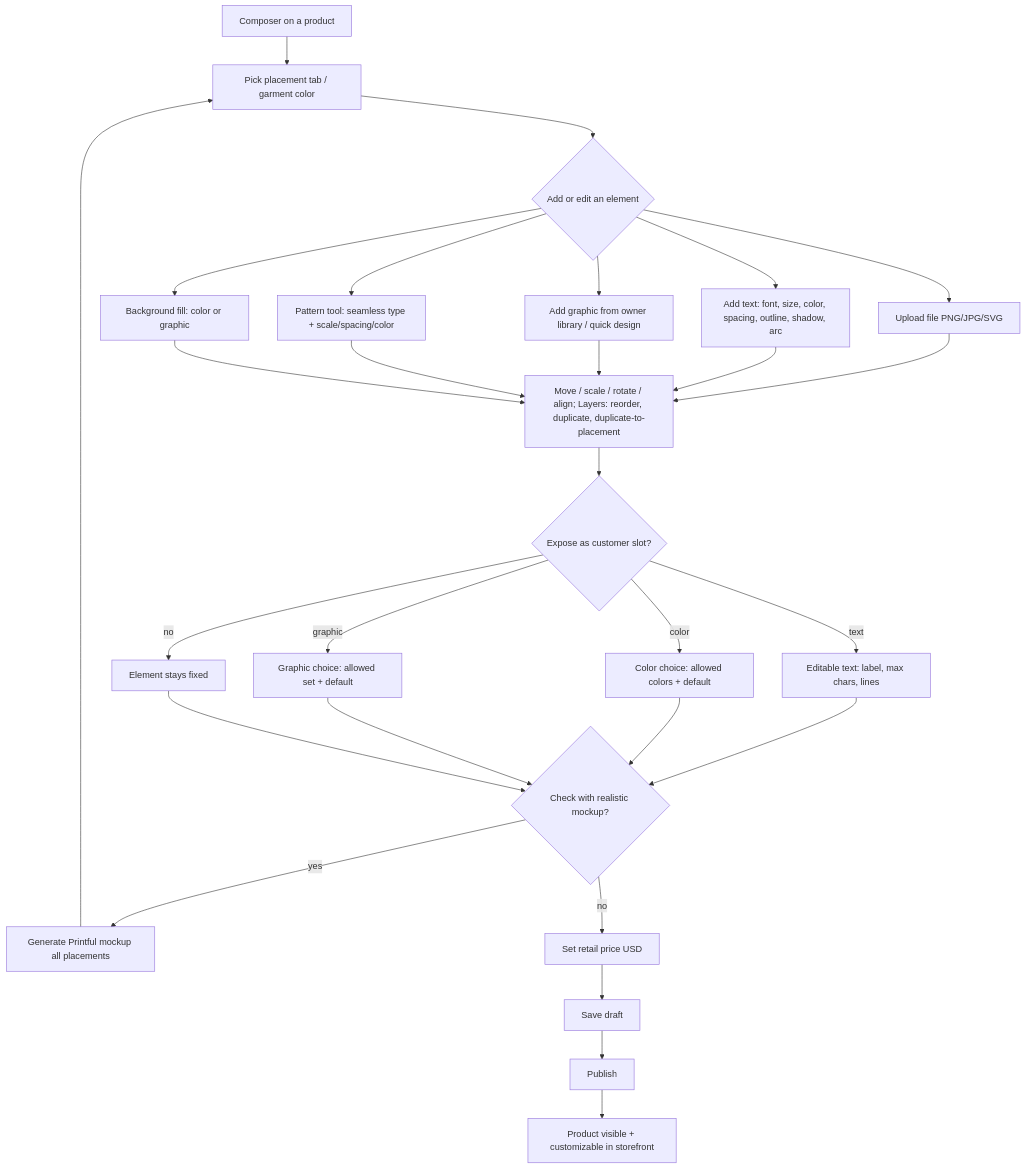
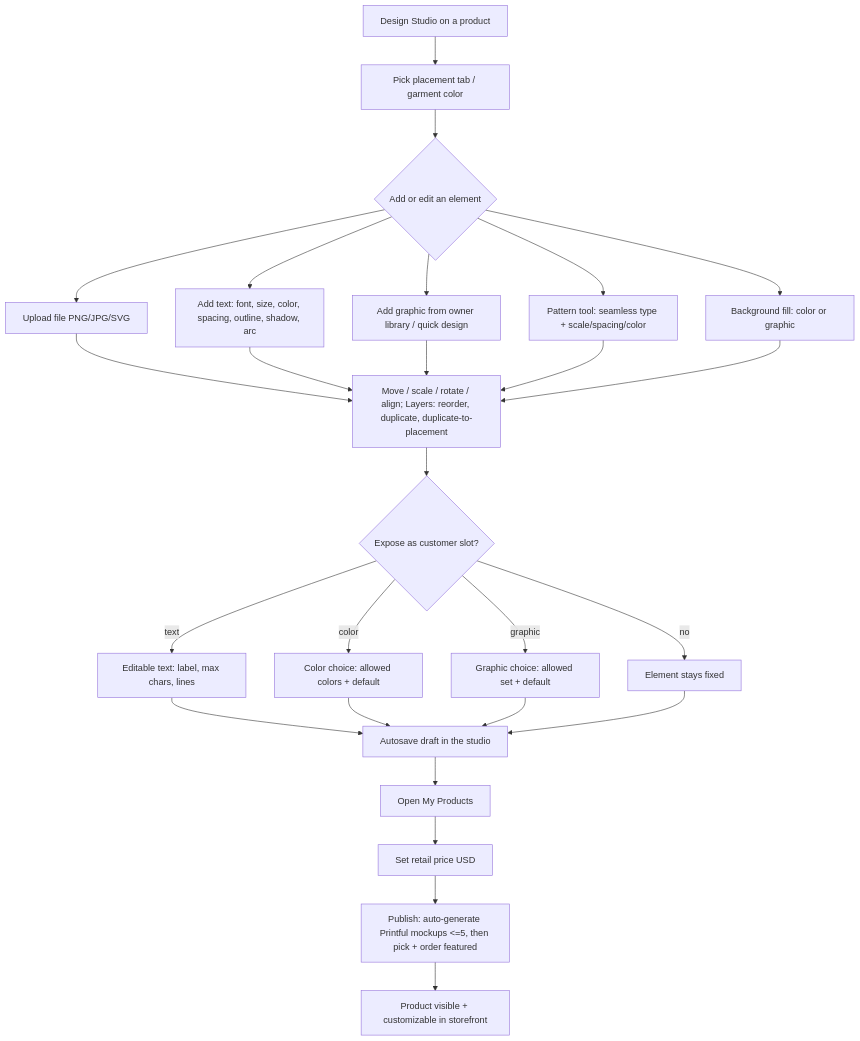
The eighth of 10 diagrams in docs/pod/04-flows.md (iitskeo/POD), drawn with Mermaid before and after one commit. The commit also changed other lines of this file and 4 other files, not shown here.

````diff
--- a/docs/pod/04-flows.md
+++ b/docs/pod/04-flows.md
@@ -148,28 +163,28 @@
 ```mermaid
 flowchart TD
-  A[Composer on a product] --> P[Pick placement tab / garment color]
+  A[Design Studio on a product] --> P[Pick placement tab / garment color]
   P --> B{Add or edit an element}
   B --> B1[Upload file PNG/JPG/SVG]
   B --> B2[Add text: font, size, color, spacing, outline, shadow, arc]
   B --> B3[Add graphic from owner library / quick design]
   B --> B4[Pattern tool: seamless type + scale/spacing/color]
   B --> B5[Background fill: color or graphic]
   B1 --> M[Move / scale / rotate / align; Layers: reorder, duplicate, duplicate-to-placement]
   B2 --> M
   B3 --> M
   B4 --> M
   B5 --> M
   M --> S{Expose as customer slot?}
   S -- text --> S1[Editable text: label, max chars, lines]
   S -- color --> S2[Color choice: allowed colors + default]
   S -- graphic --> S3[Graphic choice: allowed set + default]
   S -- no --> FIX[Element stays fixed]
   S1 --> D
   S2 --> D
   S3 --> D
   FIX --> D
-  D{Check with realistic mockup?} -- yes --> E[Generate Printful mockup all placements] --> P
-  D -- no --> F[Set retail price USD]
-  F --> G[Save draft] --> H[Publish]
+  D[Autosave draft in the studio] --> MP[Open My Products]
+  MP --> F[Set retail price USD]
+  F --> H[Publish: auto-generate Printful mockups <=5, then pick + order featured]
   H --> I[Product visible + customizable in storefront]
 ```
````
